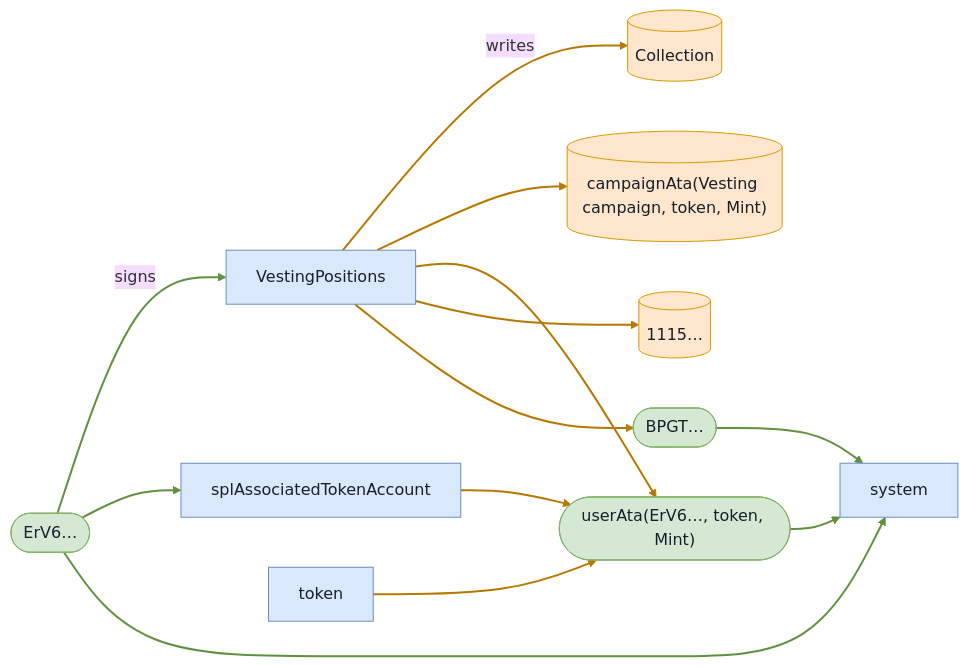
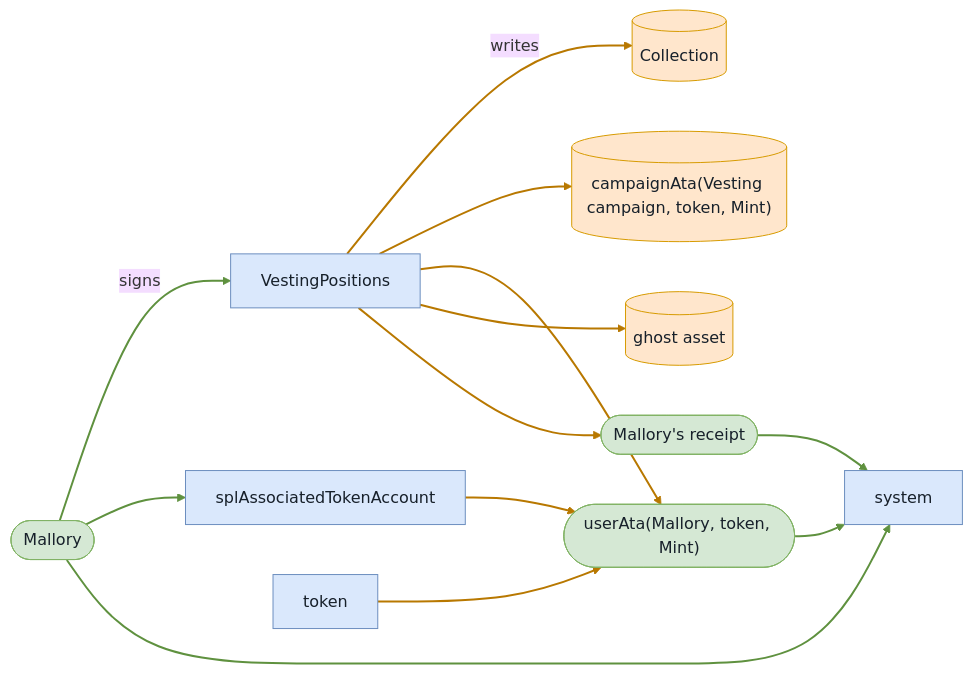
The fifth of 6 diagrams in babelfish-tests/test-report/scenario_8_wrong_asset_subsequent_claim_fails.md (cds-turbin3/vesting-position), drawn with Mermaid (base theme) before and after one commit. The commit also changed other lines of this file and 62 other files, not shown here.

````diff
--- a/babelfish-tests/test-report/scenario_8_wrong_asset_subsequent_claim_fails.md
+++ b/babelfish-tests/test-report/scenario_8_wrong_asset_subsequent_claim_fails.md
@@ -247,30 +248,30 @@
 ```mermaid
 flowchart LR
     VestingPositions["VestingPositions"]:::program
-    ErV6(["ErV6…"]):::signer
+    Mallory(["Mallory"]):::signer
     Collection[("Collection")]:::state
     campaignAtaVestingcampaigntokenMint[("campaignAta(Vesting campaign, token, Mint)")]:::state
-    userAtaErV6tokenMint(["userAta(ErV6…, token, Mint)"]):::signer
-    n1115[("1115…")]:::state
-    BPGT(["BPGT…"]):::signer
+    userAtaMallorytokenMint(["userAta(Mallory, token, Mint)"]):::signer
+    ghostasset[("ghost asset")]:::state
+    Mallorysreceipt(["Mallory's receipt"]):::signer
     splAssociatedTokenAccount["splAssociatedTokenAccount"]:::program
     token["token"]:::program
     system["system"]:::program
-    ErV6 -->|signs| VestingPositions
+    Mallory -->|signs| VestingPositions
     VestingPositions -->|writes| Collection
     VestingPositions --> campaignAtaVestingcampaigntokenMint
-    VestingPositions --> userAtaErV6tokenMint
-    VestingPositions --> n1115
-    VestingPositions --> BPGT
-    ErV6 --> splAssociatedTokenAccount
-    splAssociatedTokenAccount --> userAtaErV6tokenMint
-    ErV6 --> system
-    userAtaErV6tokenMint --> system
-    token --> userAtaErV6tokenMint
-    BPGT --> system
+    VestingPositions --> userAtaMallorytokenMint
+    VestingPositions --> ghostasset
+    VestingPositions --> Mallorysreceipt
+    Mallory --> splAssociatedTokenAccount
+    splAssociatedTokenAccount --> userAtaMallorytokenMint
+    Mallory --> system
+    userAtaMallorytokenMint --> system
+    token --> userAtaMallorytokenMint
+    Mallorysreceipt --> system
     classDef program fill:#dae8fc,stroke:#6c8ebf,color:#17202a;
     classDef signer fill:#d5e8d4,stroke:#82b366,color:#17202a;
     classDef state fill:#ffe6cc,stroke:#d79b00,color:#17202a;
     linkStyle 0,6,8,9,11 stroke:#5f913f,stroke-width:2px
     linkStyle 1,2,3,4,5,7,10 stroke:#b87800,stroke-width:2px
 ```
````
